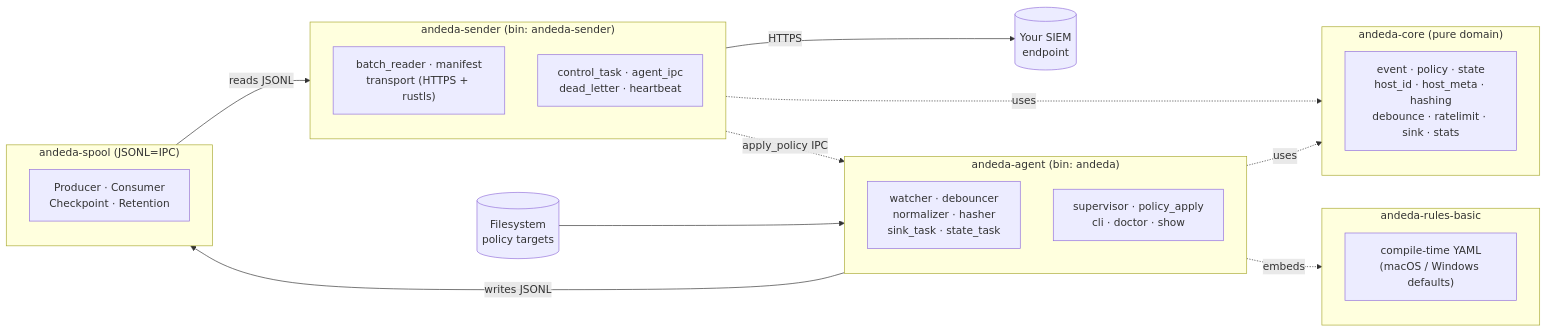
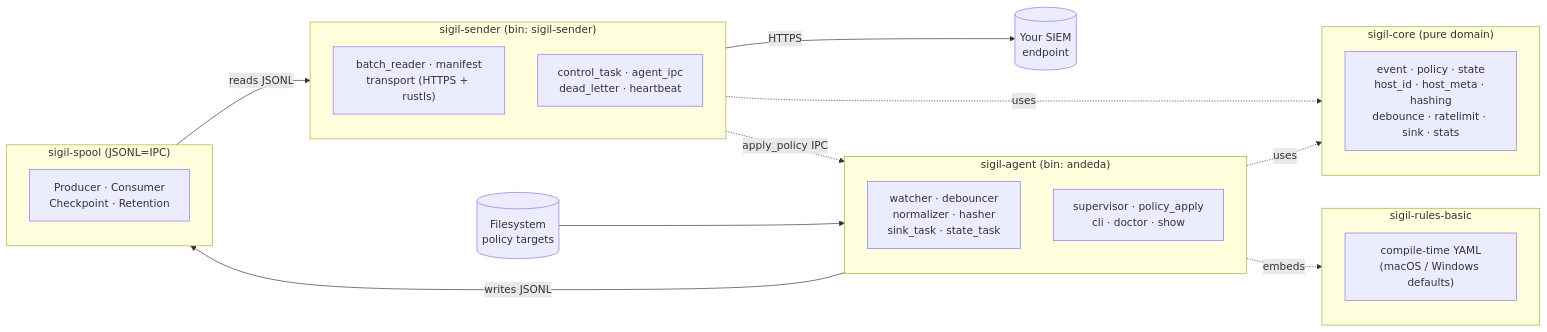
The diagram in README.md (Ju571nK/sigil), drawn with Mermaid before and after one commit. The commit also changed other lines of this file and 74 other files, not shown here.

First line of the commit message:
refactor: rename andeda to sigil across the codebase

````diff
--- a/README.md
+++ b/README.md
@@ -95,39 +95,39 @@
 ```mermaid
 flowchart LR
     FS[("Filesystem<br/>policy targets")]
     SIEM[("Your SIEM<br/>endpoint")]
 
-    subgraph agent["andeda-agent (bin: andeda)"]
+    subgraph agent["sigil-agent (bin: andeda)"]
         direction TB
         a_pipe["watcher · debouncer<br/>normalizer · hasher<br/>sink_task · state_task"]
         a_ctrl["supervisor · policy_apply<br/>cli · doctor · show"]
     end
 
-    subgraph sender["andeda-sender (bin: andeda-sender)"]
+    subgraph sender["sigil-sender (bin: sigil-sender)"]
         direction TB
         s_pipe["batch_reader · manifest<br/>transport (HTTPS + rustls)"]
         s_ctrl["control_task · agent_ipc<br/>dead_letter · heartbeat"]
     end
 
-    subgraph spool["andeda-spool (JSONL=IPC)"]
+    subgraph spool["sigil-spool (JSONL=IPC)"]
         spoolmods["Producer · Consumer<br/>Checkpoint · Retention"]
     end
 
-    subgraph core["andeda-core (pure domain)"]
+    subgraph core["sigil-core (pure domain)"]
         coremods["event · policy · state<br/>host_id · host_meta · hashing<br/>debounce · ratelimit · sink · stats"]
     end
 
-    subgraph rules["andeda-rules-basic"]
+    subgraph rules["sigil-rules-basic"]
         rulesmods["compile-time YAML<br/>(macOS / Windows defaults)"]
     end
 
     FS --> a_pipe
     a_pipe -- "writes JSONL" --> spool
     spool -- "reads JSONL" --> s_pipe
     s_pipe -- "HTTPS" --> SIEM
     s_ctrl -. "apply_policy IPC" .-> a_ctrl
 
     agent -. uses .-> core
     sender -. uses .-> core
     agent -. embeds .-> rules
 ```
````
